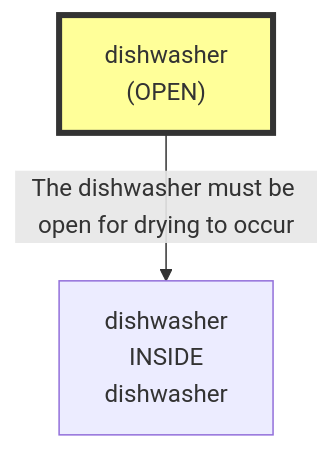
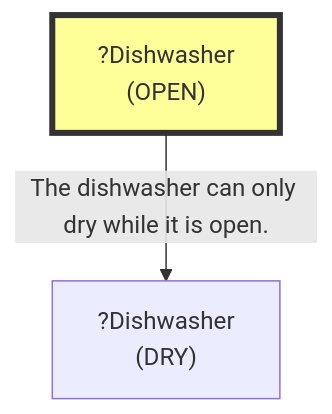
One commit to scuama/virtualhome changed the fifth of 17 diagrams in evaluation/results/table2/robostate/scale/S7/E_MULTI_G02_S7/run_E_MULTI_G02_S7.md. Above: the diagram before and after it, drawn with Mermaid. The commit also changed other lines of this file and 108 other files, not shown here.

````diff
--- a/evaluation/results/table2/robostate/scale/S7/E_MULTI_G02_S7/run_E_MULTI_G02_S7.md
+++ b/evaluation/results/table2/robostate/scale/S7/E_MULTI_G02_S7/run_E_MULTI_G02_S7.md
@@ -405,7 +411,7 @@
 ```mermaid
 graph TD
-    N1["dishwasher<br>(OPEN)"]
+    N1["?Dishwasher<br>(OPEN)"]
     style N1 fill:#ff9,stroke:#333,stroke-width:4px
-    N2["dishwasher<br>INSIDE<br>dishwasher"]
-    N1 -->|"The dishwasher must be open for drying to occur"| N2
+    N2["?Dishwasher<br>(DRY)"]
+    N1 -->|"The dishwasher can only dry while it is open."| N2
 ```
````
